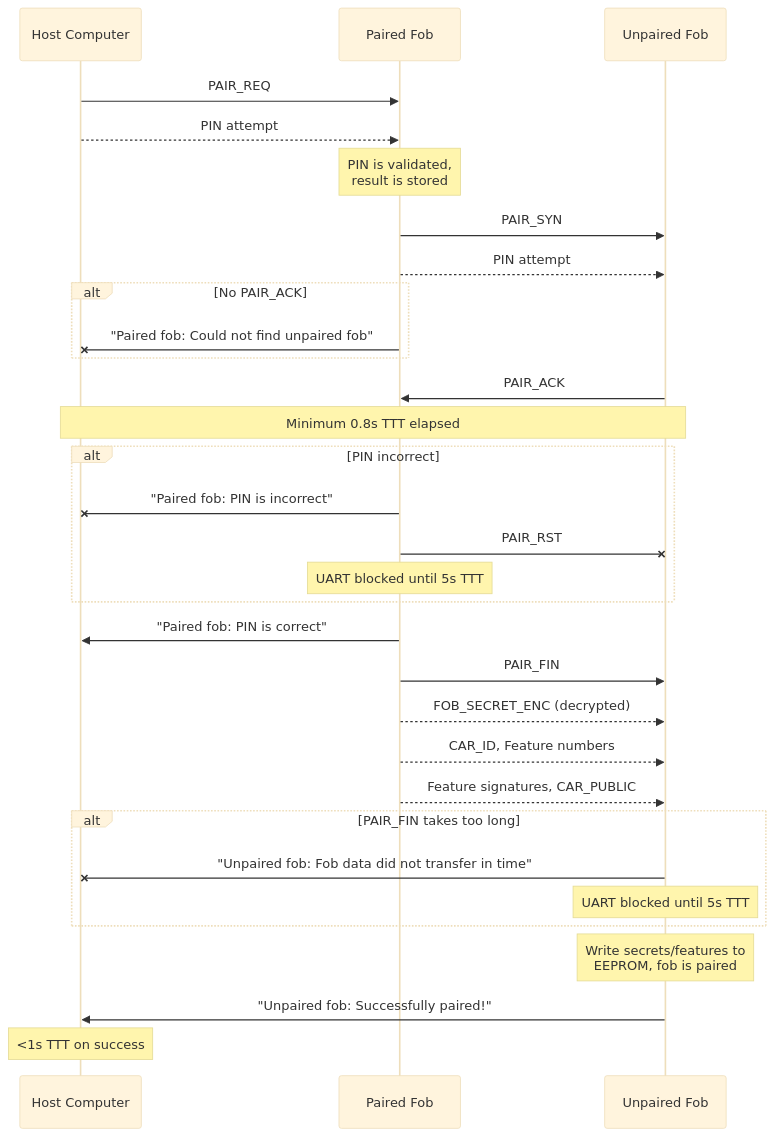
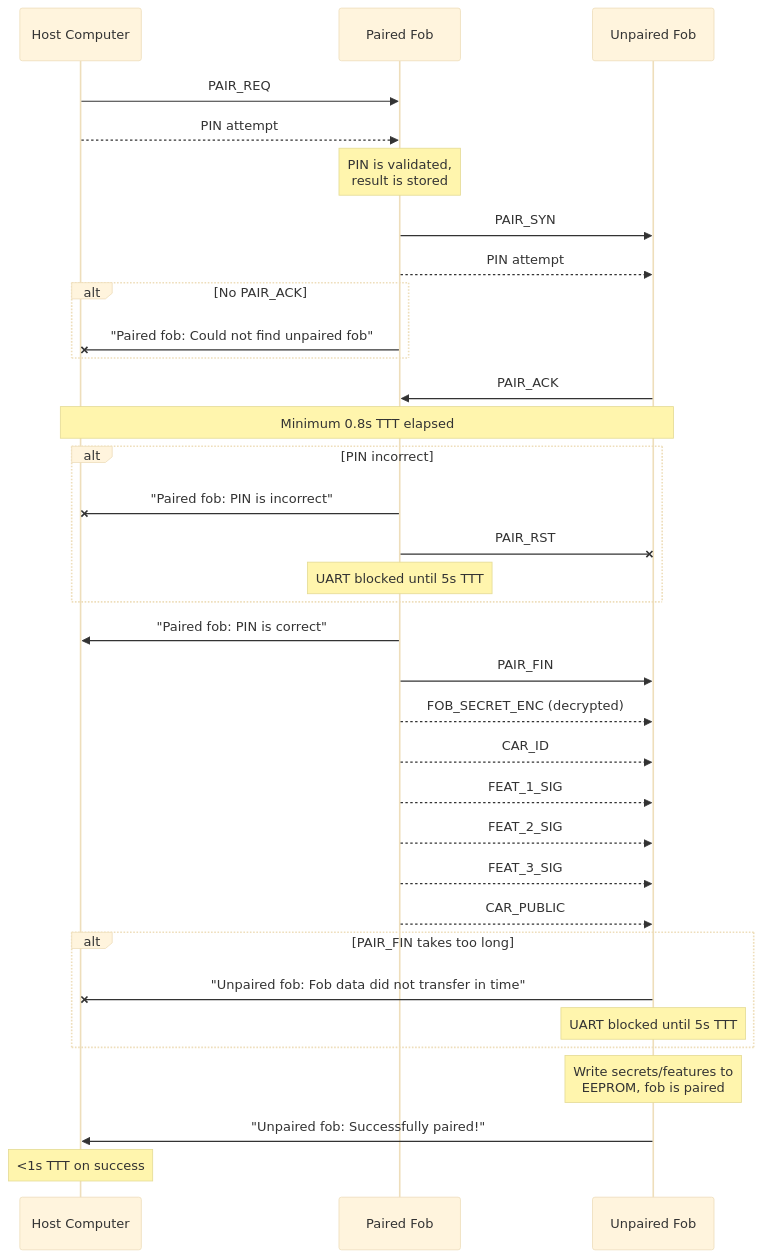
Before and after one commit to sigpwny/2023-ectf-uiuc: the first of 3 diagrams in docs/protocol.md, drawn with Mermaid (base theme). The commit also changed other lines of this file and 7 other files, not shown here.

````diff
--- a/docs/protocol.md
+++ b/docs/protocol.md
@@ -11,33 +11,36 @@
 ```mermaid
 sequenceDiagram
   participant Host Computer
   participant Paired Fob
   participant Unpaired Fob
   Host Computer ->> Paired Fob: PAIR_REQ
   Host Computer -->> Paired Fob: PIN attempt
   Note over Paired Fob: PIN is validated, <br/>result is stored
   Paired Fob ->> Unpaired Fob: PAIR_SYN
   Paired Fob -->> Unpaired Fob: PIN attempt
   alt No PAIR_ACK
     Paired Fob -x Host Computer: "Paired fob: Could not find unpaired fob"
   end
   Unpaired Fob ->> Paired Fob: PAIR_ACK
   Note over Host Computer, Unpaired Fob: Minimum 0.8s TTT elapsed
   alt PIN incorrect
     Paired Fob -x Host Computer: "Paired fob: PIN is incorrect"
     Paired Fob -x Unpaired Fob: PAIR_RST
     Note over Paired Fob: UART blocked until 5s TTT
   end
   Paired Fob ->> Host Computer: "Paired fob: PIN is correct"
   Paired Fob ->> Unpaired Fob: PAIR_FIN
   Paired Fob -->> Unpaired Fob: FOB_SECRET_ENC (decrypted)
-  Paired Fob -->> Unpaired Fob: CAR_ID, Feature numbers
-  Paired Fob -->> Unpaired Fob: Feature signatures, CAR_PUBLIC
+  Paired Fob -->> Unpaired Fob: CAR_ID
+  Paired Fob -->> Unpaired Fob: FEAT_1_SIG
+  Paired Fob -->> Unpaired Fob: FEAT_2_SIG
+  Paired Fob -->> Unpaired Fob: FEAT_3_SIG
+  Paired Fob -->> Unpaired Fob: CAR_PUBLIC
   alt PAIR_FIN takes too long
     Unpaired Fob -x Host Computer: "Unpaired fob: Fob data did not transfer in time"
     Note over Unpaired Fob: UART blocked until 5s TTT
   end
   Note over Unpaired Fob: Write secrets/features to <br/>EEPROM, fob is paired
   Unpaired Fob ->> Host Computer: "Unpaired fob: Successfully paired!"
   Note over Host Computer: <1s TTT on success
 ```
````
